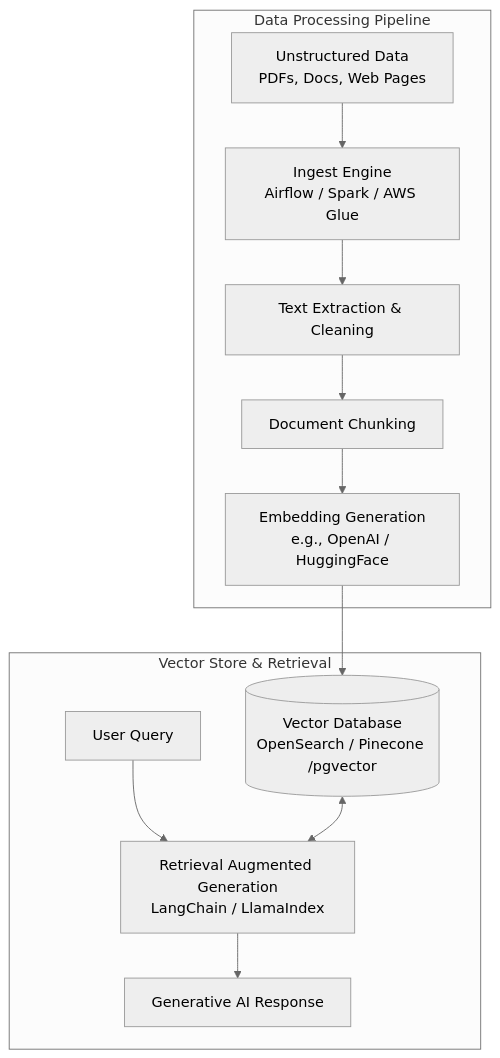
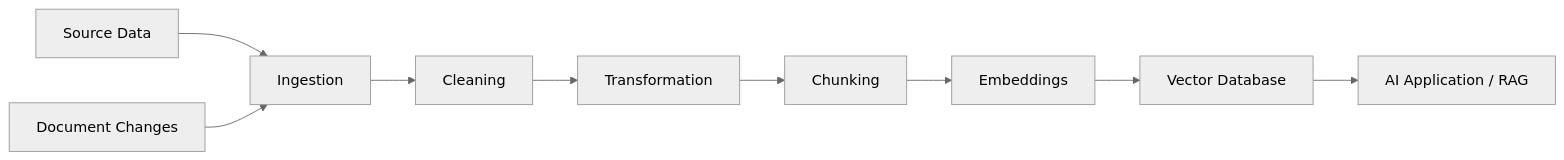
Before and after one commit to rohanhrk/data-engineering-notes-2026: the second of 31 diagrams in Module_07-AI Fundamentals For DE/Class 1 - AI Fundamentals/AI_Fundamentals_For_Data_Engineering.md, drawn with Mermaid (neutral theme). The commit also changed other lines of this file and 3 other files, not shown here.

````diff
--- a/Module_07-AI Fundamentals For DE/Class 1 - AI Fundamentals/AI_Fundamentals_For_Data_Engineering.md
+++ b/Module_07-AI Fundamentals For DE/Class 1 - AI Fundamentals/AI_Fundamentals_For_Data_Engineering.md
@@ -91,16 +82,11 @@
-```mermaid
-flowchart TD
-    subgraph Data Processing Pipeline
-        A[Unstructured Data<br/>PDFs, Docs, Web Pages] --> B[Ingest Engine<br/>Airflow / Spark / AWS Glue]
-        B --> C[Text Extraction & Cleaning]
-        C --> D[Document Chunking]
-        D --> E[Embedding Generation<br/>e.g., OpenAI / HuggingFace]
-    end
-
-    subgraph Vector Store & Retrieval
-        E --> F[(Vector Database<br/>OpenSearch / Pinecone /pgvector)]
-        G[User Query] --> H[Retrieval Augmented Generation<br/>LangChain / LlamaIndex]
-        F <--> H
-        H --> I[Generative AI Response]
-    end
+``` mermaid
+flowchart LR
+    A[Source Data] --> B[Ingestion]
+    B --> C[Cleaning]
+    C --> D[Transformation]
+    D --> E[Chunking]
+    E --> F[Embeddings]
+    F --> G[Vector Database]
+    G --> H[AI Application / RAG]
+    I[Document Changes] --> B
 ```
````
